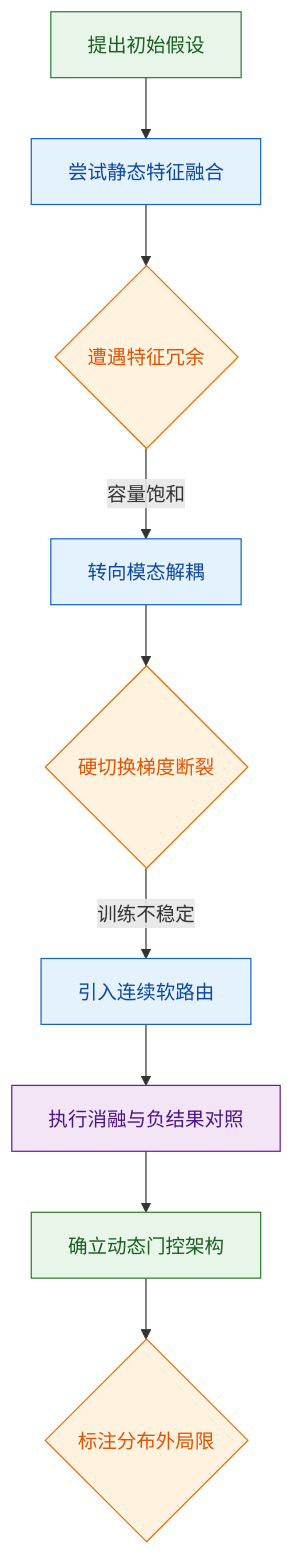
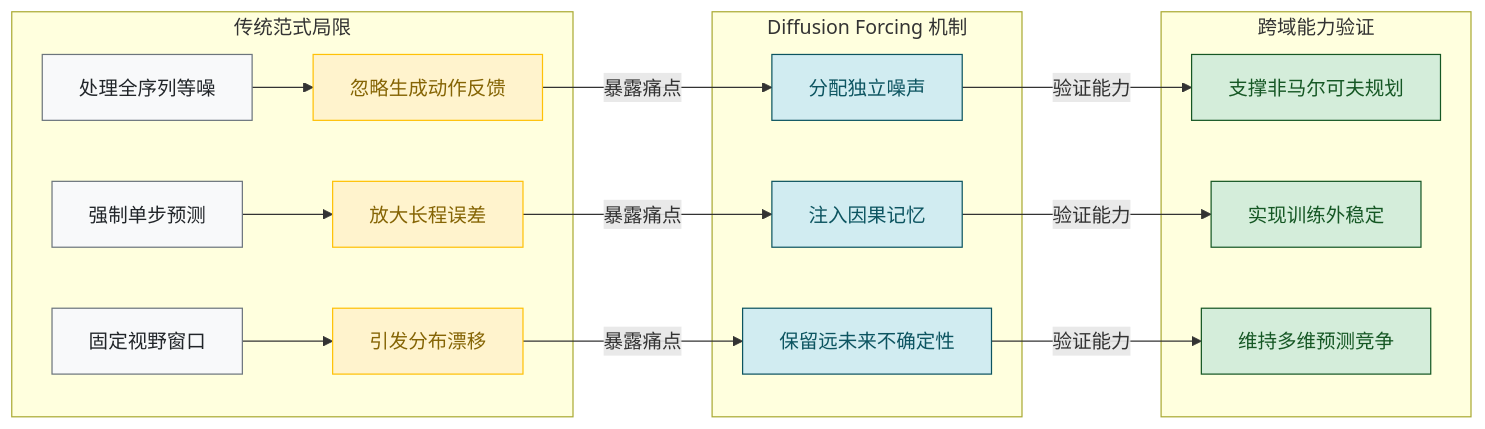
Before and after one commit to ShinewineW/paper-rolling: the sixth of 10 diagrams in person_vault/2026-06-13_DiffusionForcingNextTokenPredictionMeets_2407.01392/report.md, drawn with Mermaid. The commit also changed other lines of this file and 51 other files, not shown here.

````diff
--- a/person_vault/2026-06-13_DiffusionForcingNextTokenPredictionMeets_2407.01392/report.md
+++ b/person_vault/2026-06-13_DiffusionForcingNextTokenPredictionMeets_2407.01392/report.md
@@ -329,16 +409,32 @@
 ```mermaid
-flowchart TB
-    classDef start fill:#e8f5e9,color:#1b5e20,stroke:#2e7d32
-    classDef process fill:#e3f2fd,color:#0d47a1,stroke:#1565c0
-    classDef decision fill:#fff3e0,color:#e65100,stroke:#ef6c00
-    classDef data fill:#f3e5f5,color:#4a148c,stroke:#6a1b9a
-    
-    init_query["提出初始假设"]:::start --> static_fusion["尝试静态特征融合"]:::process
-    static_fusion --> redundancy_check{遭遇特征冗余}:::decision
-    redundancy_check -- 容量饱和 --> pivot_decouple["转向模态解耦"]:::process
-    pivot_decouple --> hard_switch_fail{硬切换梯度断裂}:::decision
-    hard_switch_fail -- 训练不稳定 --> soft_routing["引入连续软路由"]:::process
-    soft_routing --> ablation_verify["执行消融与负结果对照"]:::data
-    ablation_verify --> final_arch["确立动态门控架构"]:::start
-    final_arch --> ood_limit{标注分布外局限}:::decision
+flowchart LR
+  classDef legacy fill:#f8f9fa,stroke:#6c757d,color:#212529
+  classDef bottleneck fill:#fff3cd,stroke:#ffc107,color:#856404
+  classDef df_core fill:#d1ecf1,stroke:#0c5460,color:#0c5460
+  classDef capability fill:#d4edda,stroke:#155724,color:#155724
+
+  subgraph 传统范式局限
+    a1["处理全序列等噪"]:::legacy --> a2["忽略生成动作反馈"]:::bottleneck
+    b1["强制单步预测"]:::legacy --> b2["放大长程误差"]:::bottleneck
+    c1["固定视野窗口"]:::legacy --> c3["引发分布漂移"]:::bottleneck
+  end
+
+  subgraph Diffusion Forcing 机制
+    d1["分配独立噪声"]:::df_core
+    d2["注入因果记忆"]:::df_core
+    d3["保留远未来不确定性"]:::df_core
+  end
+
+  subgraph 跨域能力验证
+    e1["支撑非马尔可夫规划"]:::capability
+    e2["实现训练外稳定"]:::capability
+    e3["维持多维预测竞争"]:::capability
+  end
+
+  a2 -->|暴露痛点| d1
+  b2 -->|暴露痛点| d2
+  c3 -->|暴露痛点| d3
+  d1 -->|验证能力| e1
+  d2 -->|验证能力| e2
+  d3 -->|验证能力| e3
 ```
````
